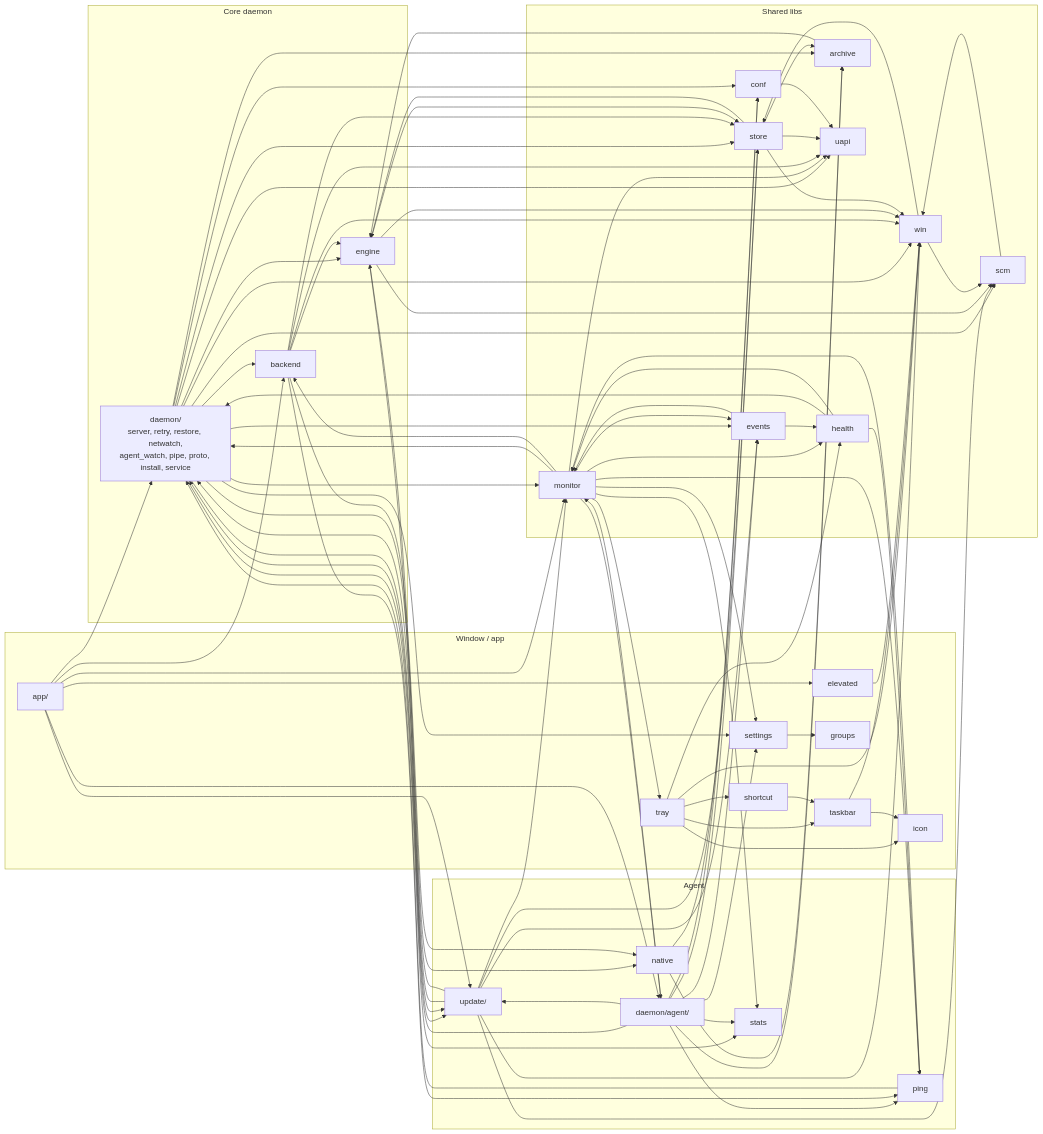
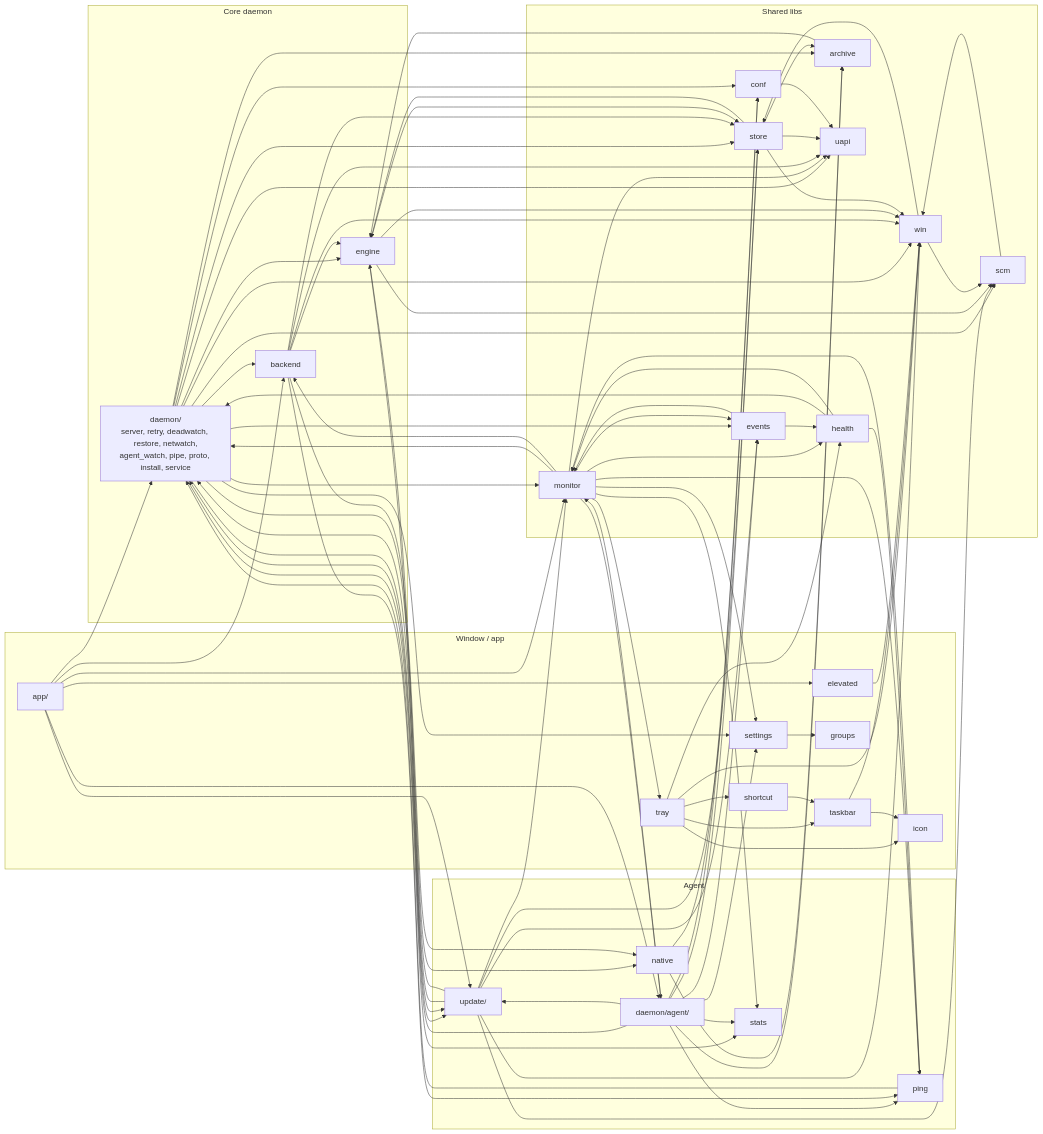
One commit to ssv555/AmneziaWG-UI-Dark changed the second of 2 diagrams in docs/modules.md. Above: the diagram before and after it, drawn with Mermaid. The commit also changed other lines of this file and 41 other files, not shown here.

```diff
--- a/docs/modules.md
+++ b/docs/modules.md
@@ -46,7 +46,7 @@
   end
 
   subgraph C["Core daemon"]
-    dcore["daemon/<br/>server, retry, restore, netwatch,<br/>agent_watch, pipe, proto, install, service"]
+    dcore["daemon/<br/>server, retry, deadwatch, restore, netwatch,<br/>agent_watch, pipe, proto, install, service"]
     backend
     engine
   end
```
